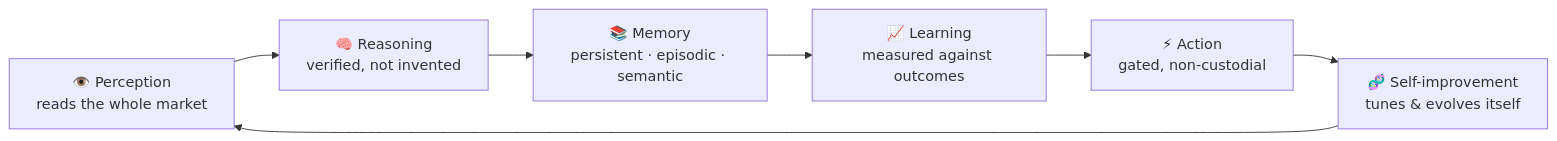
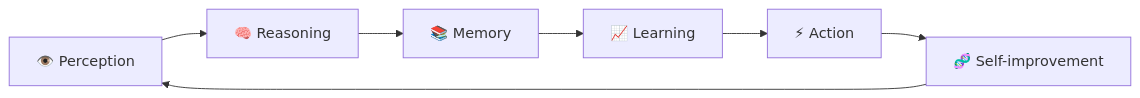
The first of 3 diagrams in fora.md (formionai/docs), drawn with Mermaid before and after one commit. The commit also changed other lines of this file and 3 other files, not shown here.

Commit message:
docs(FORA): scientific upgrade — KaTeX math (theory-of-mind pull, TF-IDF cosine recall, Wilson calibration, expectancy/Sharpe/DD, gated-execution predicate, self-tuning rule, genetic fitness) + robot/track-record/consensus figures + GA diagram

````diff
--- a/fora.md
+++ b/fora.md
@@ -9,9 +9,9 @@
 ```mermaid
 flowchart LR
-  P["👁️ Perception<br/>reads the whole market"] --> R["🧠 Reasoning<br/>verified, not invented"]
-  R --> M["📚 Memory<br/>persistent · episodic · semantic"]
-  M --> L["📈 Learning<br/>measured against outcomes"]
-  L --> A["⚡ Action<br/>gated, non-custodial"]
-  A --> S["🧬 Self-improvement<br/>tunes & evolves itself"]
+  P["👁️ Perception"] --> R["🧠 Reasoning"]
+  R --> M["📚 Memory"]
+  M --> L["📈 Learning"]
+  L --> A["⚡ Action"]
+  A --> S["🧬 Self-improvement"]
   S --> P
 ```
````
